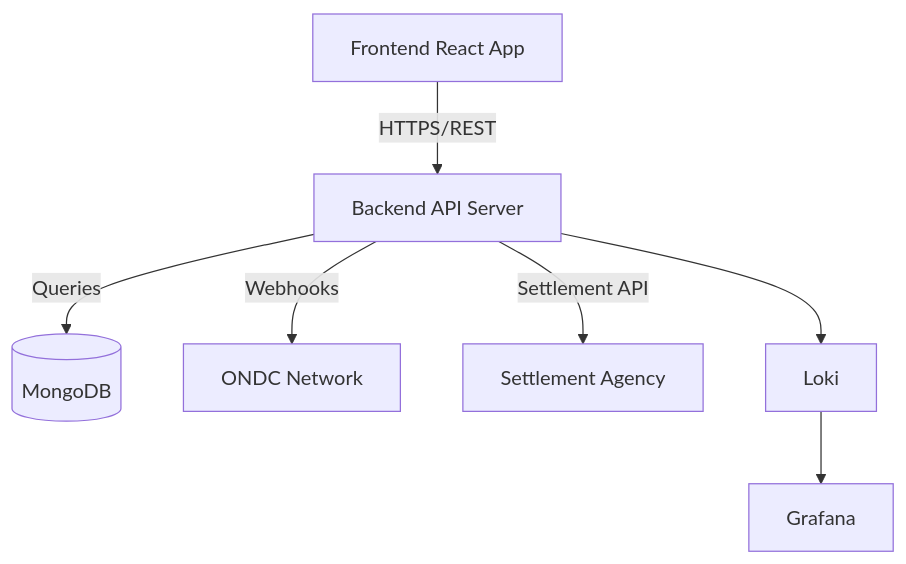
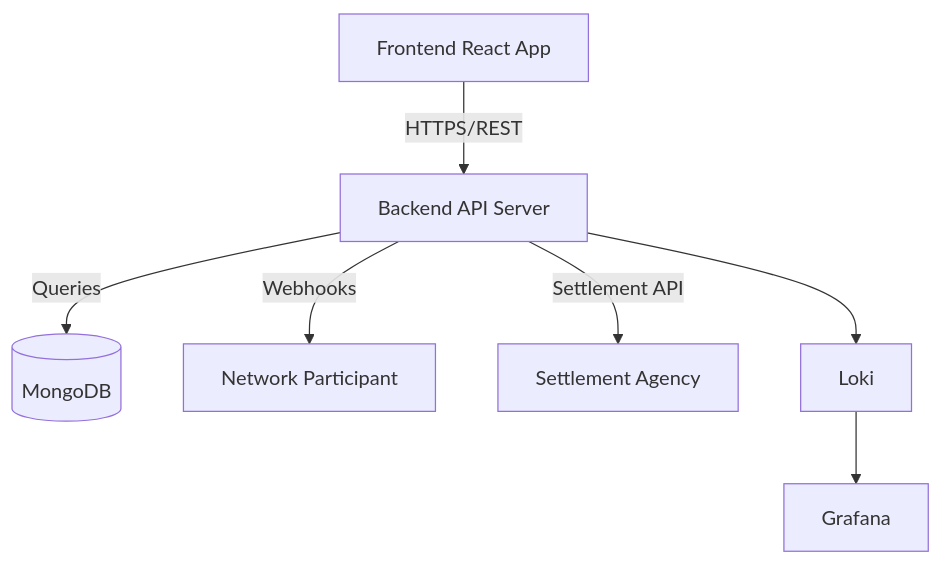
One commit to ONDC-Official/rsf-utility changed the diagram in README.md. Above: the diagram before and after it, drawn with Mermaid. The commit also changed other lines of this file and 7 other files, not shown here.

First line of the commit message:
Enhance documentation and update architecture diagrams for RSF Utility

````diff
--- a/README.md
+++ b/README.md
@@ -78,9 +79,9 @@
 ```mermaid
 graph TD
     A[Frontend React App] -->|HTTPS/REST| B[Backend API Server]
     B -->|Queries| C[(MongoDB)]
-    B -->|Webhooks| D[ONDC Network]
+    B -->|Webhooks| D[Network Participant]
     B -->|Settlement API| E[Settlement Agency]
     F[Loki] --> G[Grafana]
     B --> F
 ```
````
